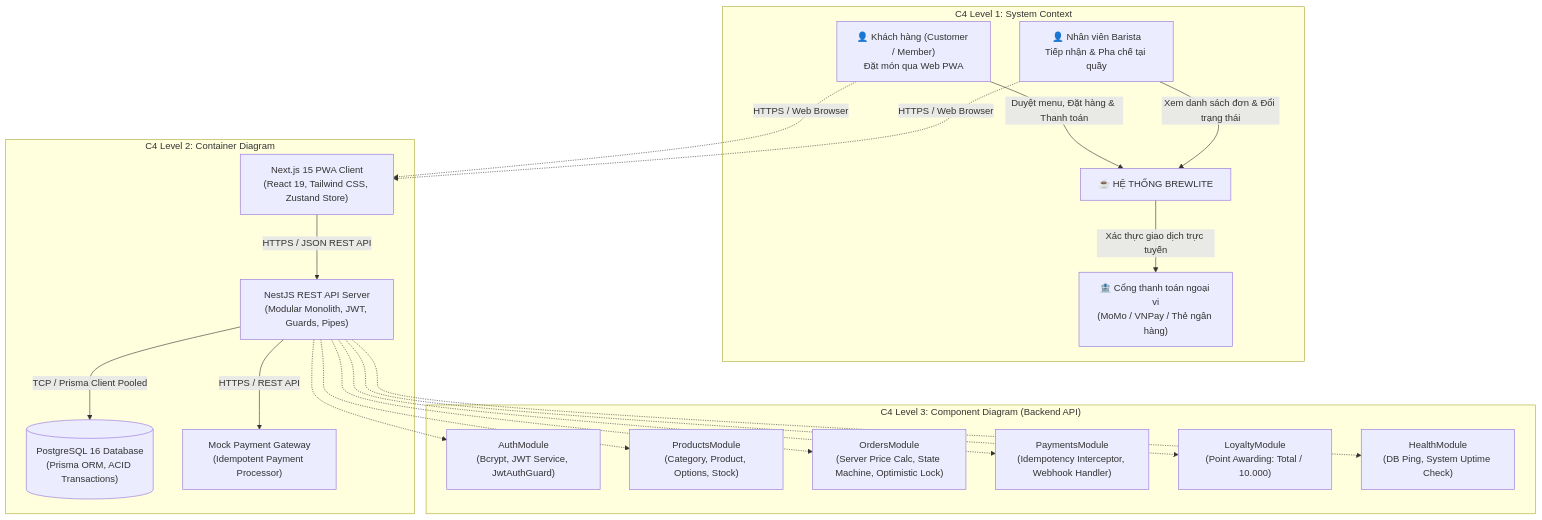
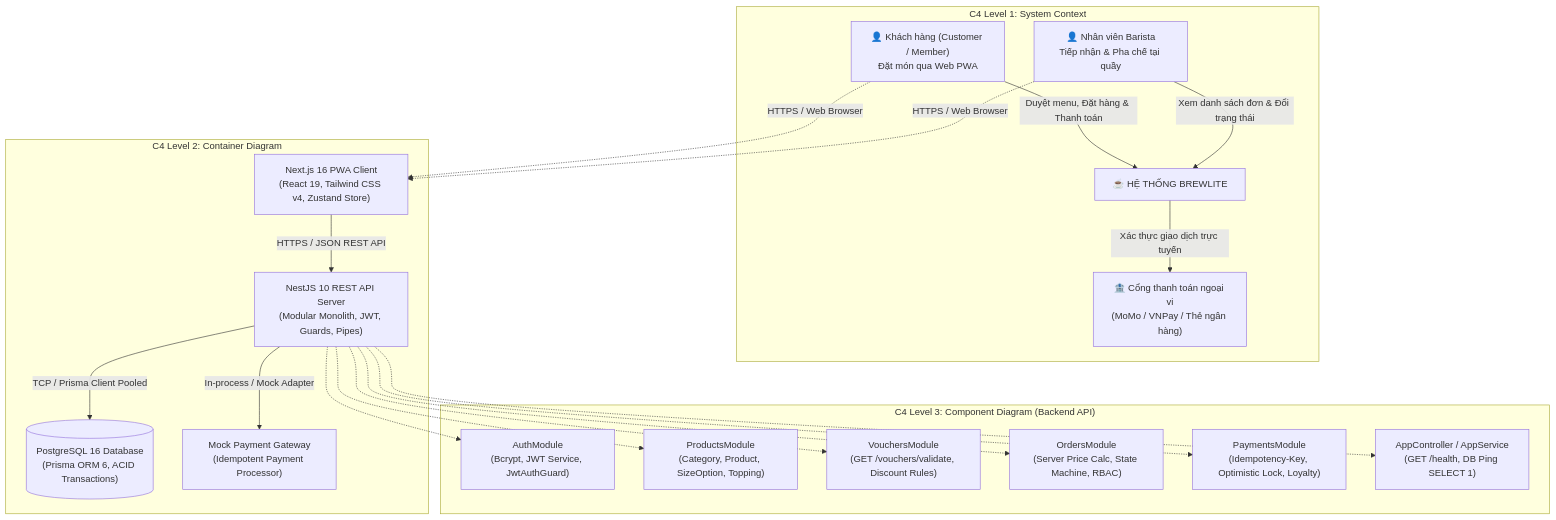
One commit to nphat-code/swe-project changed the diagram in docs/architecture/architecture-description.md. Above: the diagram before and after it, drawn with Mermaid. The commit also changed other lines of this file and 3 other files, not shown here.

Commit message:
docs(audit): align Task 3 architecture and AWS EC2 deployment diagram with production

````diff
--- a/docs/architecture/architecture-description.md
+++ b/docs/architecture/architecture-description.md
@@ -25,41 +25,41 @@
 ```mermaid
 graph TD
     subgraph Level1 ["C4 Level 1: System Context"]
         Customer["👤 Khách hàng (Customer / Member)<br/>Đặt món qua Web PWA"]
         Barista["👤 Nhân viên Barista<br/>Tiếp nhận & Pha chế tại quầy"]
         PaymentGW["🏦 Cổng thanh toán ngoại vi<br/>(MoMo / VNPay / Thẻ ngân hàng)"]
         SystemBound["☕ HỆ THỐNG BREWLITE"]
         Customer -->|Duyệt menu, Đặt hàng & Thanh toán| SystemBound
         Barista -->|Xem danh sách đơn & Đổi trạng thái| SystemBound
         SystemBound -->|Xác thực giao dịch trực tuyến| PaymentGW
     end
 
     subgraph Level2 ["C4 Level 2: Container Diagram"]
-        NextClient["Next.js 15 PWA Client<br/>(React 19, Tailwind CSS, Zustand Store)"]
-        NestServer["NestJS REST API Server<br/>(Modular Monolith, JWT, Guards, Pipes)"]
-        PostgresDB[("PostgreSQL 16 Database<br/>(Prisma ORM, ACID Transactions)")]
+        NextClient["Next.js 16 PWA Client<br/>(React 19, Tailwind CSS v4, Zustand Store)"]
+        NestServer["NestJS 10 REST API Server<br/>(Modular Monolith, JWT, Guards, Pipes)"]
+        PostgresDB[("PostgreSQL 16 Database<br/>(Prisma ORM 6, ACID Transactions)")]
         MockGateway["Mock Payment Gateway<br/>(Idempotent Payment Processor)"]
 
         Customer -.->|HTTPS / Web Browser| NextClient
         Barista -.->|HTTPS / Web Browser| NextClient
         NextClient -->|HTTPS / JSON REST API| NestServer
         NestServer -->|TCP / Prisma Client Pooled| PostgresDB
-        NestServer -->|HTTPS / REST API| MockGateway
+        NestServer -->|In-process / Mock Adapter| MockGateway
     end
 
     subgraph Level3 ["C4 Level 3: Component Diagram (Backend API)"]
         AuthComp["AuthModule<br/>(Bcrypt, JWT Service, JwtAuthGuard)"]
-        ProdComp["ProductsModule<br/>(Category, Product, Options, Stock)"]
-        OrderComp["OrdersModule<br/>(Server Price Calc, State Machine, Optimistic Lock)"]
-        PayComp["PaymentsModule<br/>(Idempotency Interceptor, Webhook Handler)"]
-        LoyaltyComp["LoyaltyModule<br/>(Point Awarding: Total / 10.000)"]
-        HealthComp["HealthModule<br/>(DB Ping, System Uptime Check)"]
+        ProdComp["ProductsModule<br/>(Category, Product, SizeOption, Topping)"]
+        VoucherComp["VouchersModule<br/>(GET /vouchers/validate, Discount Rules)"]
+        OrderComp["OrdersModule<br/>(Server Price Calc, State Machine, RBAC)"]
+        PayComp["PaymentsModule<br/>(Idempotency-Key, Optimistic Lock, Loyalty)"]
+        HealthComp["AppController / AppService<br/>(GET /health, DB Ping SELECT 1)"]
 
         NestServer -.-> AuthComp
         NestServer -.-> ProdComp
+        NestServer -.-> VoucherComp
         NestServer -.-> OrderComp
         NestServer -.-> PayComp
-        NestServer -.-> LoyaltyComp
         NestServer -.-> HealthComp
     end
 ```
````
